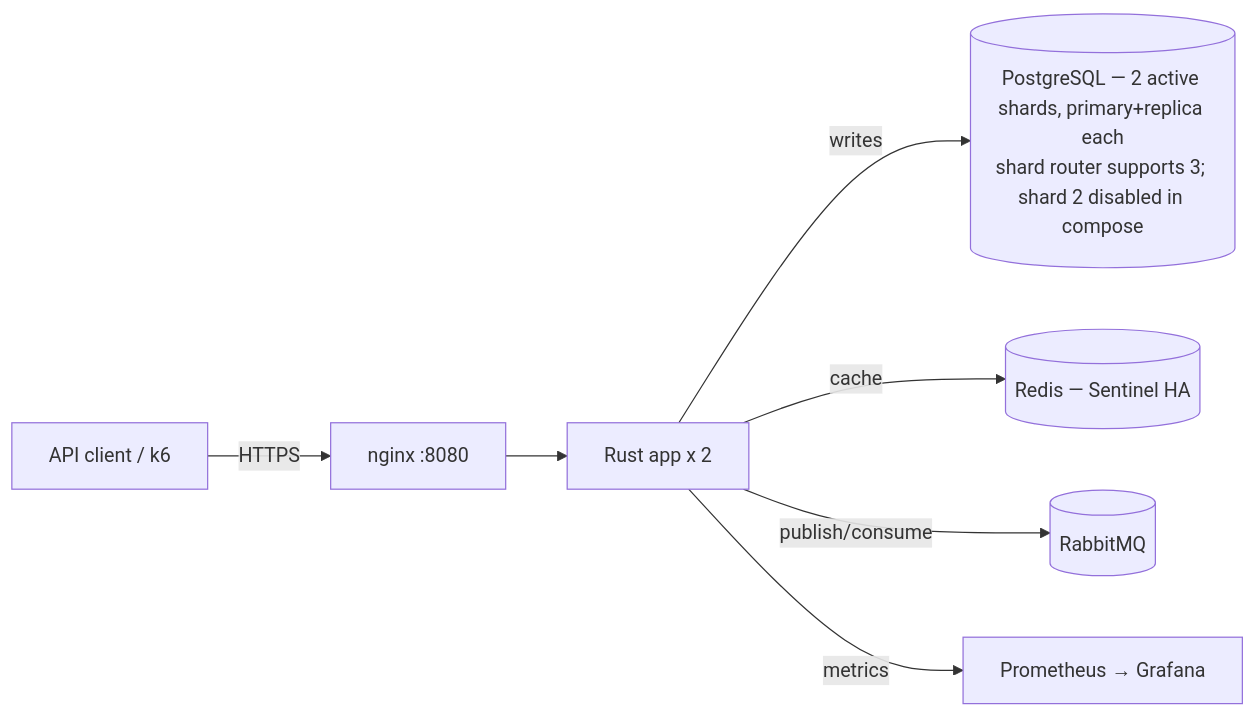
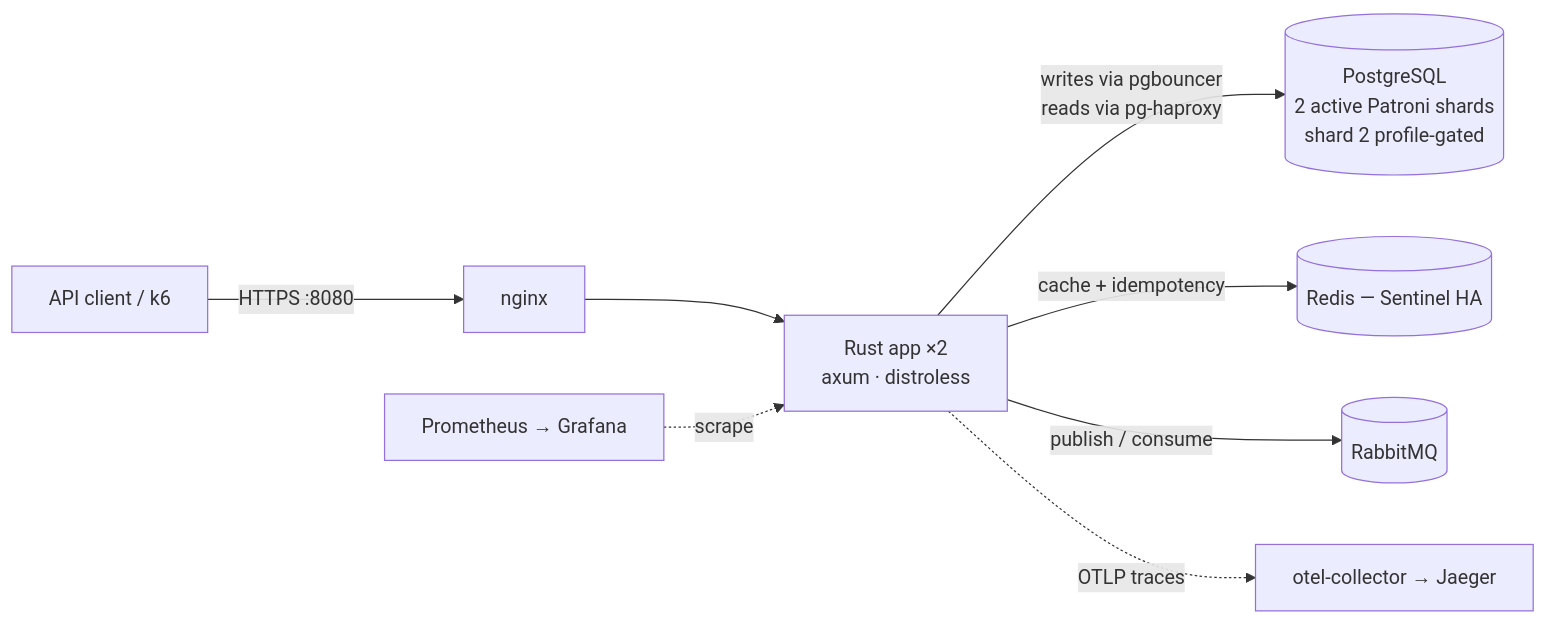
One commit to Ghaida00/Capstone changed the first of 4 diagrams in docs/architecture.md. Above: the diagram before and after it, drawn with Mermaid. The commit also changed other lines of this file and 2 other files, not shown here.

````diff
--- a/docs/architecture.md
+++ b/docs/architecture.md
@@ -30,9 +36,10 @@
 ```mermaid
 flowchart LR
-    Client[API client / k6] -->|HTTPS| Nginx[nginx :8080]
-    Nginx --> App[Rust app x 2]
-    App -->|writes| PG[(PostgreSQL — 2 active shards, primary+replica each<br/>shard router supports 3; shard 2 disabled in compose)]
-    App -->|cache| Redis[(Redis — Sentinel HA)]
-    App -->|publish/consume| MQ[(RabbitMQ)]
-    App -->|metrics| Prom[Prometheus → Grafana]
+    Client["API client / k6"] -->|"HTTPS :8080"| Nginx["nginx"]
+    Nginx --> App["Rust app ×2<br/>axum · distroless"]
+    App -->|"writes via pgbouncer<br/>reads via pg-haproxy"| PG[("PostgreSQL<br/>2 active Patroni shards<br/>shard 2 profile-gated")]
+    App -->|"cache + idempotency"| Redis[("Redis — Sentinel HA")]
+    App -->|"publish / consume"| MQ[("RabbitMQ")]
+    App -.->|"OTLP traces"| Otel["otel-collector → Jaeger"]
+    Prom["Prometheus → Grafana"] -.->|"scrape"| App
 ```
````
